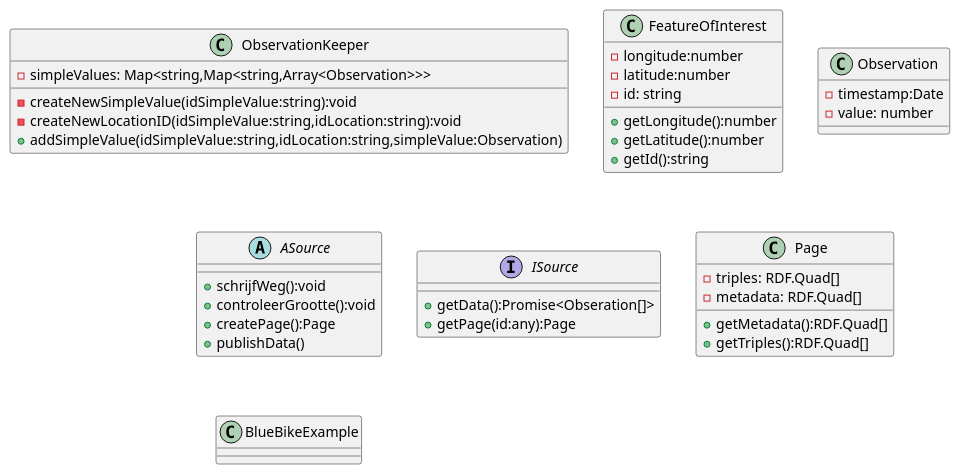
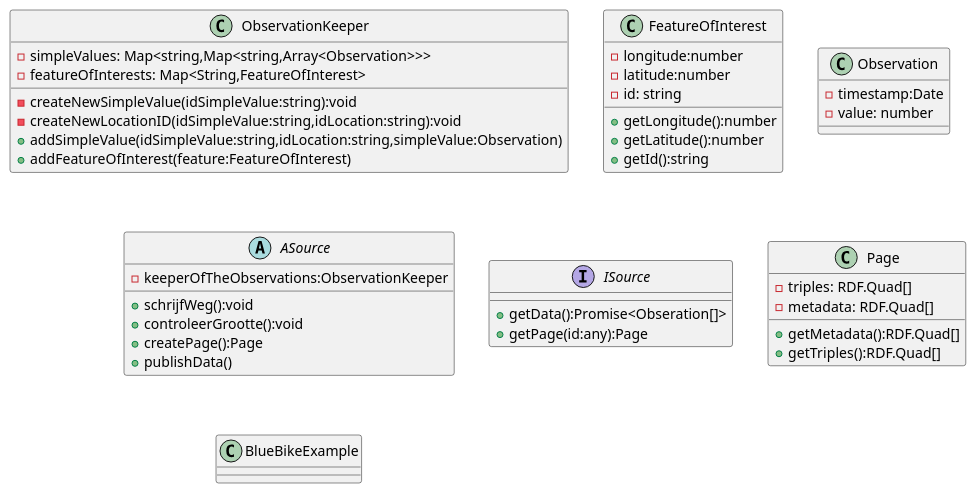
One commit to lucasderveaux/LDES_Republisher changed the diagram in KlassendiagramStap1.puml. Above: the diagram before and after it, drawn with PlantUML. The commit also changed 2 other files, not shown here.

Commit message:
ObservationKeeper toevoegen

```diff
--- a/KlassendiagramStap1.puml
+++ b/KlassendiagramStap1.puml
@@ -1,47 +1,49 @@
 @startuml klassendiagram
 class ObservationKeeper{
     - simpleValues: Map<string,Map<string,Array<Observation>>>
+    - featureOfInterests: Map<String,FeatureOfInterest>
     - createNewSimpleValue(idSimpleValue:string):void
     - createNewLocationID(idSimpleValue:string,idLocation:string):void
     + addSimpleValue(idSimpleValue:string,idLocation:string,simpleValue:Observation)
+    + addFeatureOfInterest(feature:FeatureOfInterest)
 }
 
 class FeatureOfInterest{
     - longitude:number
     - latitude:number
     - id: string
 
     +getLongitude():number
     +getLatitude():number
     +getId():string
 }
 
 class Observation{
     - timestamp:Date
     - value: number
 }
 
 abstract ASource{
+    - keeperOfTheObservations:ObservationKeeper
     +schrijfWeg():void
     +controleerGrootte():void
     +createPage():Page
     + publishData()
 }
 
 interface ISource{
     +getData():Promise<Obseration[]>
     +getPage(id:any):Page
 }
 
 class Page{
     - triples: RDF.Quad[]
     - metadata: RDF.Quad[]
     + getMetadata():RDF.Quad[]
     + getTriples():RDF.Quad[]
 
 }
 
 class BlueBikeExample{
-
 }
 @enduml
```
